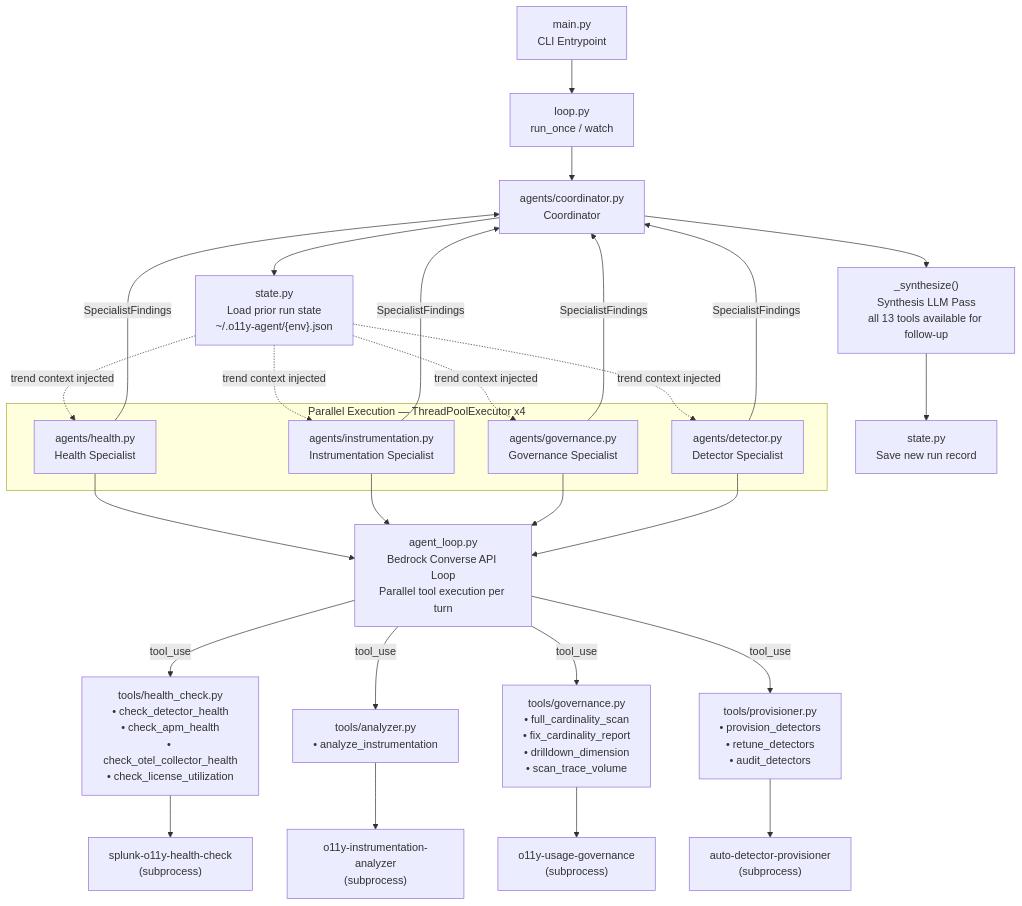
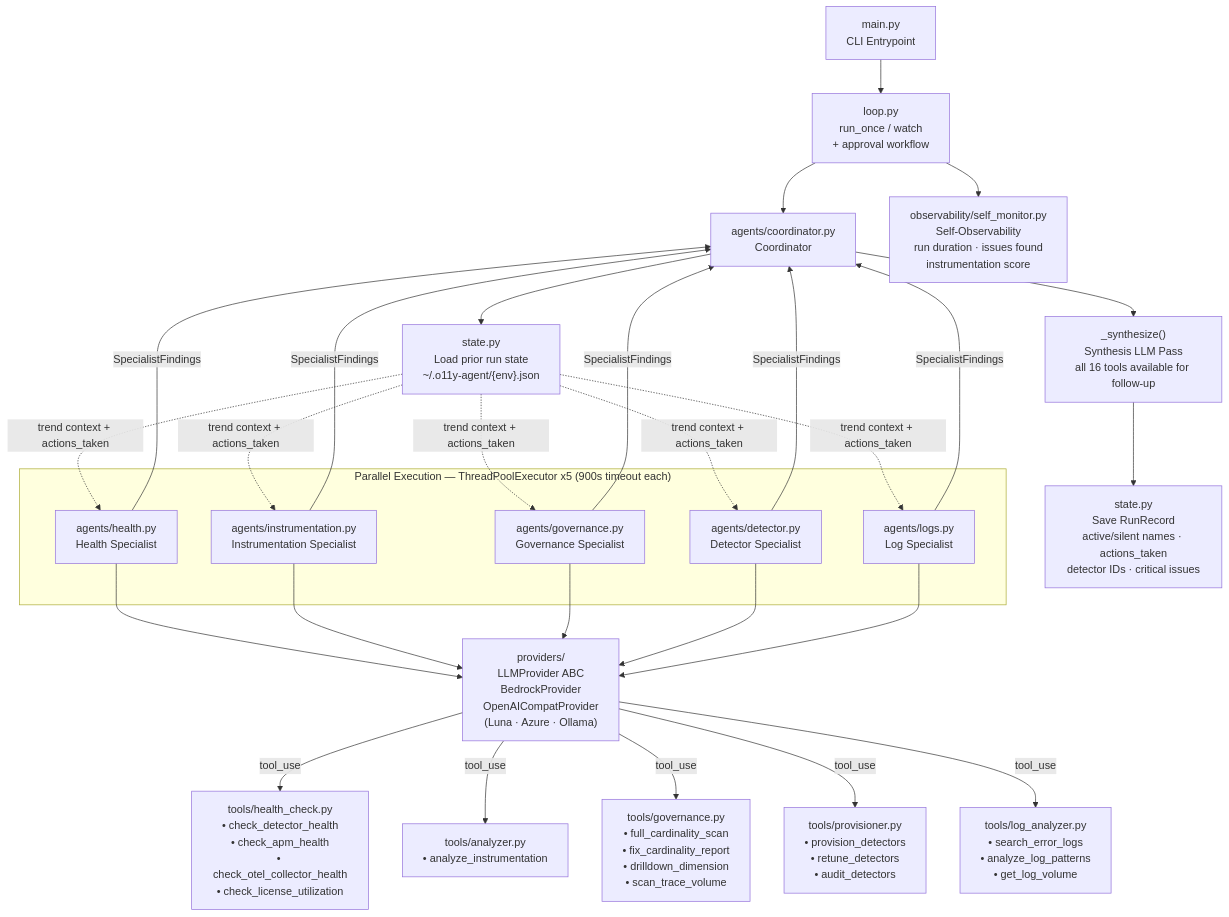
Before and after one commit to mqbui1/autonomous-o11y-agent: the first of 2 diagrams in README.md, drawn with Mermaid. The commit also changed other lines of this file, not shown here.

````diff
--- a/README.md
+++ b/README.md
@@ -24,63 +22,62 @@
 ```mermaid
 flowchart TD
     CLI["main.py\nCLI Entrypoint"]
-    LOOP["loop.py\nrun_once / watch"]
+    LOOP["loop.py\nrun_once / watch\n+ approval workflow"]
     COORD["agents/coordinator.py\nCoordinator"]
     STATE_IN["state.py\nLoad prior run state\n~/.o11y-agent/{env}.json"]
-    STATE_OUT["state.py\nSave new run record"]
+    STATE_OUT["state.py\nSave RunRecord\nactive/silent names · actions_taken\ndetector IDs · critical issues"]
+    MON["observability/self_monitor.py\nSelf-Observability\nrun duration · issues found\ninstrumentation score"]
 
     HEALTH["agents/health.py\nHealth Specialist"]
     INSTR["agents/instrumentation.py\nInstrumentation Specialist"]
     GOV["agents/governance.py\nGovernance Specialist"]
     DET["agents/detector.py\nDetector Specialist"]
+    LOGS["agents/logs.py\nLog Specialist"]
 
-    SYNTH["_synthesize()\nSynthesis LLM Pass\nall 13 tools available for follow-up"]
+    SYNTH["_synthesize()\nSynthesis LLM Pass\nall 16 tools available for follow-up"]
 
     T_HEALTH["tools/health_check.py\n• check_detector_health\n• check_apm_health\n• check_otel_collector_health\n• check_license_utilization"]
     T_INSTR["tools/analyzer.py\n• analyze_instrumentation"]
     T_GOV["tools/governance.py\n• full_cardinality_scan\n• fix_cardinality_report\n• drilldown_dimension\n• scan_trace_volume"]
     T_DET["tools/provisioner.py\n• provision_detectors\n• retune_detectors\n• audit_detectors"]
+    T_LOGS["tools/log_analyzer.py\n• search_error_logs\n• analyze_log_patterns\n• get_log_volume"]
 
-    LOOP_CORE["agent_loop.py\nBedrock Converse API Loop\nParallel tool execution per turn"]
-
-    EXT1["splunk-o11y-health-check\n(subprocess)"]
-    EXT2["o11y-instrumentation-analyzer\n(subprocess)"]
-    EXT3["o11y-usage-governance\n(subprocess)"]
-    EXT4["auto-detector-provisioner\n(subprocess)"]
+    PROV["providers/\nLLMProvider ABC\nBedrockProvider\nOpenAICompatProvider\n(Luna · Azure · Ollama)"]
 
     CLI --> LOOP --> COORD
     COORD --> STATE_IN
-    STATE_IN -.->|trend context injected| HEALTH
-    STATE_IN -.->|trend context injected| INSTR
-    STATE_IN -.->|trend context injected| GOV
-    STATE_IN -.->|trend context injected| DET
+    STATE_IN -.->|trend context + actions_taken| HEALTH
+    STATE_IN -.->|trend context + actions_taken| INSTR
+    STATE_IN -.->|trend context + actions_taken| GOV
+    STATE_IN -.->|trend context + actions_taken| DET
+    STATE_IN -.->|trend context + actions_taken| LOGS
 
-    subgraph parallel ["Parallel Execution — ThreadPoolExecutor x4"]
+    subgraph parallel ["Parallel Execution — ThreadPoolExecutor x5 (900s timeout each)"]
         HEALTH
         INSTR
         GOV
         DET
+        LOGS
     end
 
-    HEALTH --> LOOP_CORE
-    INSTR --> LOOP_CORE
-    GOV --> LOOP_CORE
-    DET --> LOOP_CORE
+    HEALTH --> PROV
+    INSTR --> PROV
+    GOV --> PROV
+    DET --> PROV
+    LOGS --> PROV
 
-    LOOP_CORE -->|tool_use| T_HEALTH
-    LOOP_CORE -->|tool_use| T_INSTR
-    LOOP_CORE -->|tool_use| T_GOV
-    LOOP_CORE -->|tool_use| T_DET
-
-    T_HEALTH --> EXT1
-    T_INSTR --> EXT2
-    T_GOV --> EXT3
-    T_DET --> EXT4
+    PROV -->|tool_use| T_HEALTH
+    PROV -->|tool_use| T_INSTR
+    PROV -->|tool_use| T_GOV
+    PROV -->|tool_use| T_DET
+    PROV -->|tool_use| T_LOGS
 
     HEALTH -->|SpecialistFindings| COORD
     INSTR -->|SpecialistFindings| COORD
     GOV -->|SpecialistFindings| COORD
     DET -->|SpecialistFindings| COORD
+    LOGS -->|SpecialistFindings| COORD
 
     COORD --> SYNTH --> STATE_OUT
+    LOOP --> MON
 ```
````
